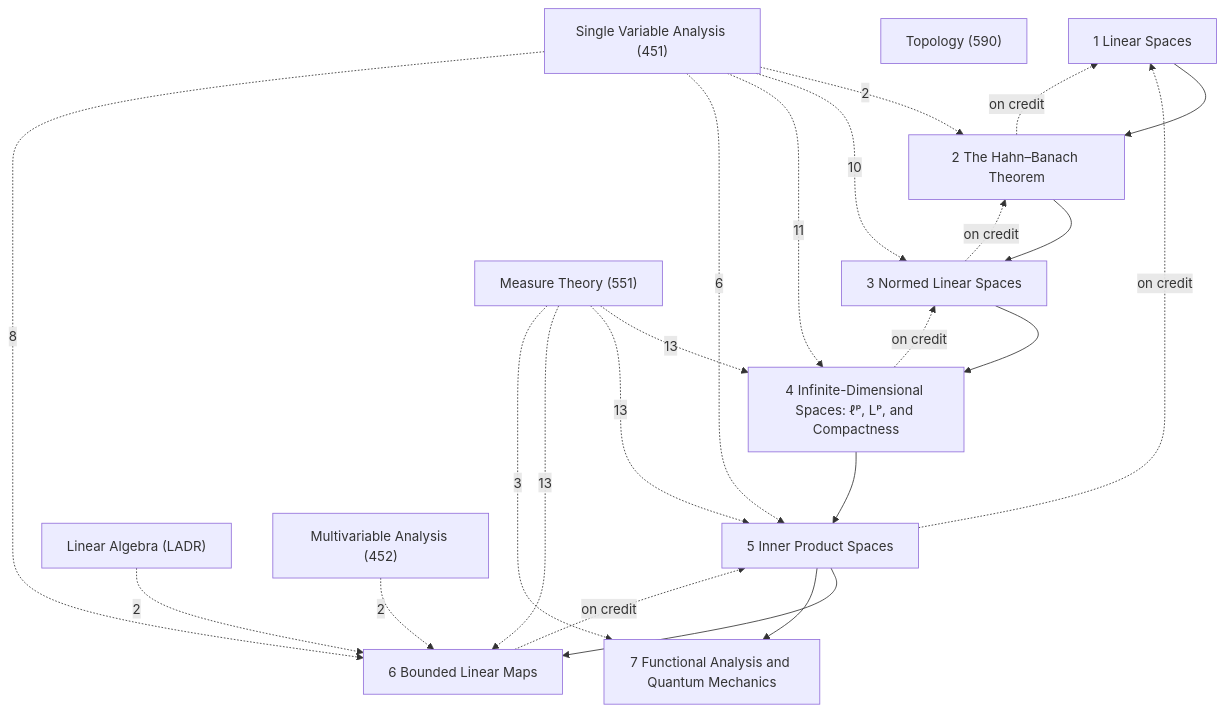
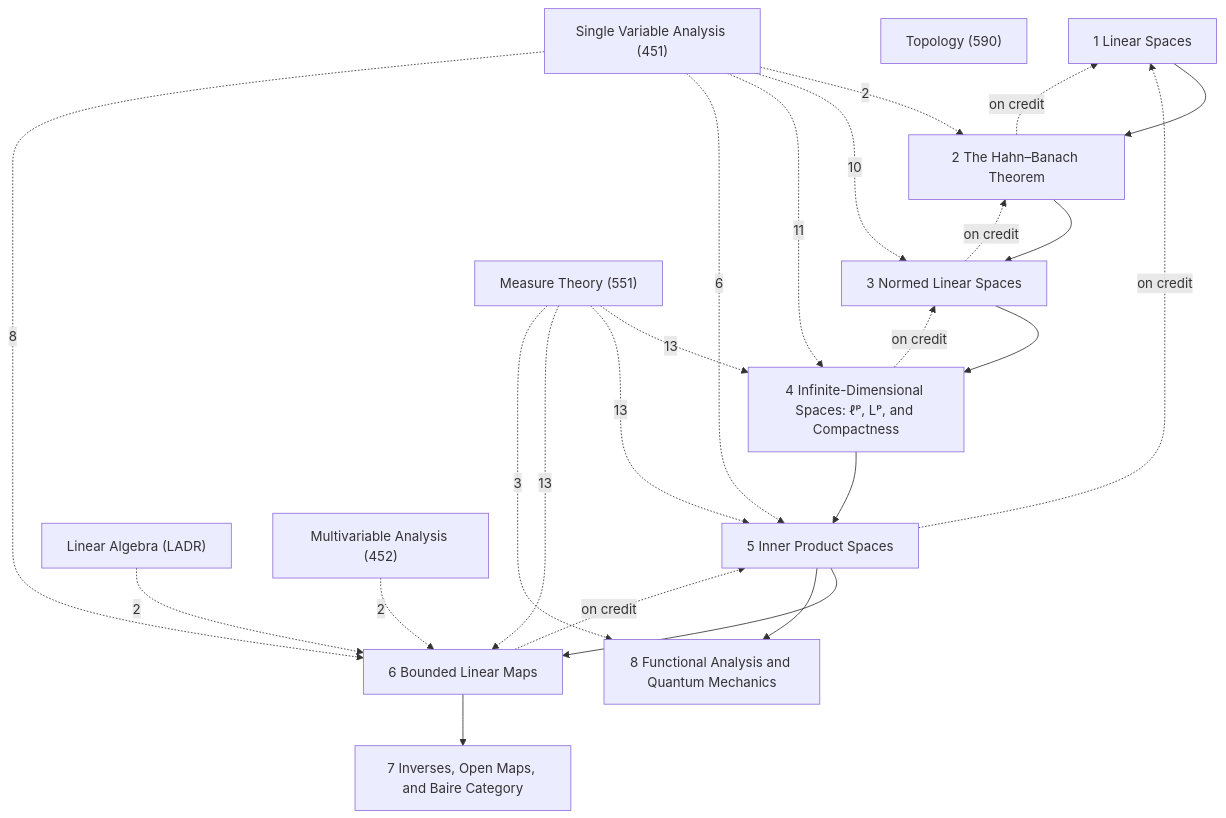
One commit to Onion20040508/notes changed the diagram in Math/Functional Analysis/Functional Analysis.md. Above: the diagram before and after it, drawn with Mermaid. The commit also changed other lines of this file and 92 other files, not shown here.

````diff
--- a/Math/Functional Analysis/Functional Analysis.md
+++ b/Math/Functional Analysis/Functional Analysis.md
@@ -33,37 +33,39 @@
 ```mermaid
 graph TD
   C1["1 Linear Spaces"]
   C2["2 The Hahn–Banach Theorem"]
   C3["3 Normed Linear Spaces"]
   C4["4 Infinite-Dimensional Spaces: ℓᵖ, Lᵖ, and Compactness"]
   C5["5 Inner Product Spaces"]
   C6["6 Bounded Linear Maps"]
-  C7["7 Functional Analysis and Quantum Mechanics"]
+  C7["7 Inverses, Open Maps, and Baire Category"]
+  C8["8 Functional Analysis and Quantum Mechanics"]
   X1["Linear Algebra (LADR)"]
   X2["Measure Theory (551)"]
   X3["Topology (590)"]
   X4["Single Variable Analysis (451)"]
   X5["Multivariable Analysis (452)"]
   C1 --> C2
   C2 --> C3
   C3 --> C4
   C4 --> C5
   C5 --> C6
-  C5 --> C7
+  C5 --> C8
+  C6 --> C7
   C2 -.->|on credit| C1
   C3 -.->|on credit| C2
   C4 -.->|on credit| C3
   C5 -.->|on credit| C1
   C6 -.->|on credit| C5
   X1 -.->|2| C6
   X2 -.->|13| C4
   X2 -.->|13| C5
   X2 -.->|13| C6
-  X2 -.->|3| C7
+  X2 -.->|3| C8
   X5 -.->|2| C6
   X4 -.->|2| C2
   X4 -.->|10| C3
   X4 -.->|11| C4
   X4 -.->|6| C5
   X4 -.->|8| C6
 ```
````
